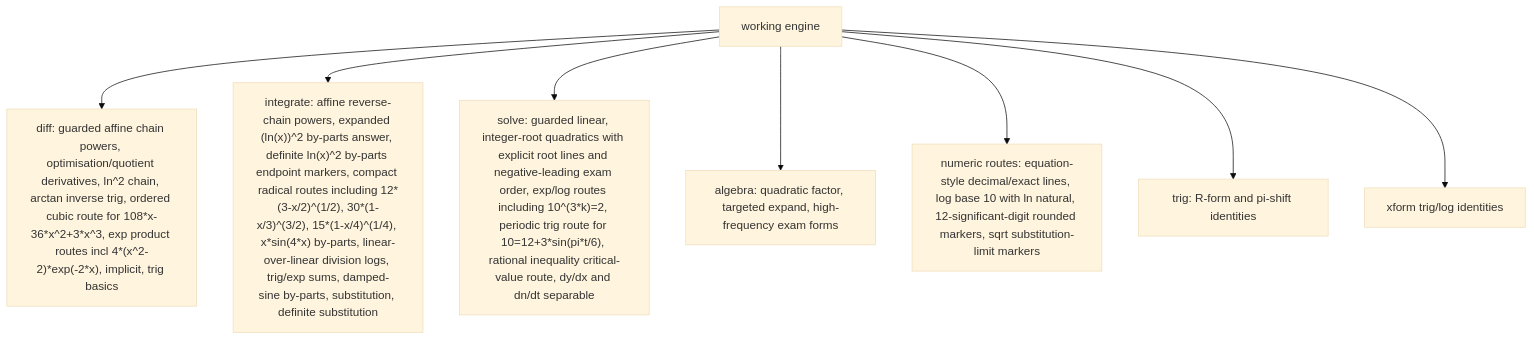
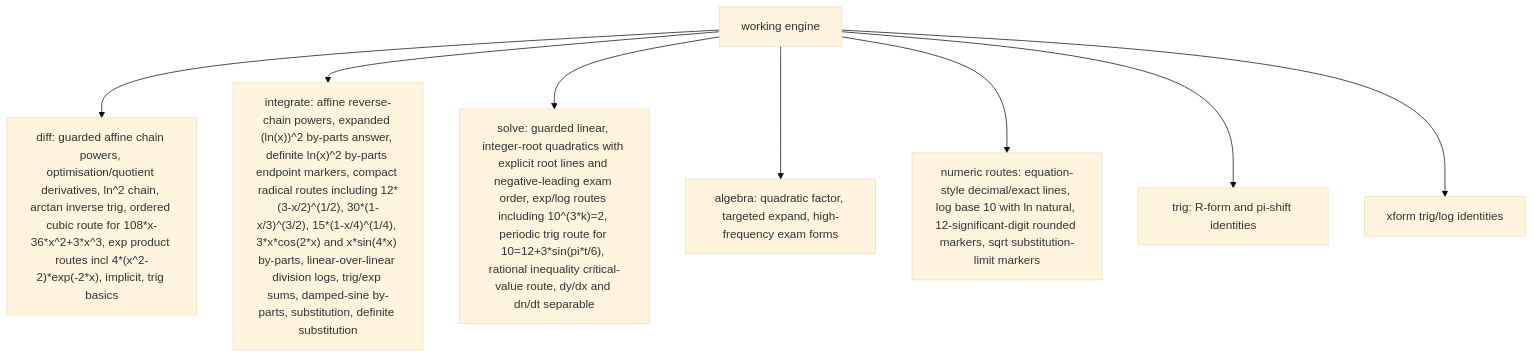
One commit to james8464/notes-addin-casio-fx-cg50 changed the third of 6 diagrams in docs/GRAPH.md. Above: the diagram before and after it, drawn with Mermaid (base theme). The commit also changed other lines of this file and 4 other files, not shown here.

````diff
--- a/docs/GRAPH.md
+++ b/docs/GRAPH.md
@@ -36,10 +36,10 @@
 ```mermaid
 graph TD
   Work["working engine"] --> Diff["diff: guarded affine chain powers, optimisation/quotient derivatives, ln^2 chain, arctan inverse trig, ordered cubic route for 108*x-36*x^2+3*x^3, exp product routes incl 4*(x^2-2)*exp(-2*x), implicit, trig basics"]
-  Work --> Int["integrate: affine reverse-chain powers, expanded (ln(x))^2 by-parts answer, definite ln(x)^2 by-parts endpoint markers, compact radical routes including 12*(3-x/2)^(1/2), 30*(1-x/3)^(3/2), 15*(1-x/4)^(1/4), x*sin(4*x) by-parts, linear-over-linear division logs, trig/exp sums, damped-sine by-parts, substitution, definite substitution"]
+  Work --> Int["integrate: affine reverse-chain powers, expanded (ln(x))^2 by-parts answer, definite ln(x)^2 by-parts endpoint markers, compact radical routes including 12*(3-x/2)^(1/2), 30*(1-x/3)^(3/2), 15*(1-x/4)^(1/4), 3*x*cos(2*x) and x*sin(4*x) by-parts, linear-over-linear division logs, trig/exp sums, damped-sine by-parts, substitution, definite substitution"]
   Work --> Solve["solve: guarded linear, integer-root quadratics with explicit root lines and negative-leading exam order, exp/log routes including 10^(3*k)=2, periodic trig route for 10=12+3*sin(pi*t/6), rational inequality critical-value route, dy/dx and dn/dt separable"]
   Work --> Alg["algebra: quadratic factor, targeted expand, high-frequency exam forms"]
   Work --> Num["numeric routes: equation-style decimal/exact lines, log base 10 with ln natural, 12-significant-digit rounded markers, sqrt substitution-limit markers"]
   Work --> Trig["trig: R-form and pi-shift identities"]
   Work --> Xform["xform trig/log identities"]
 ```
````
